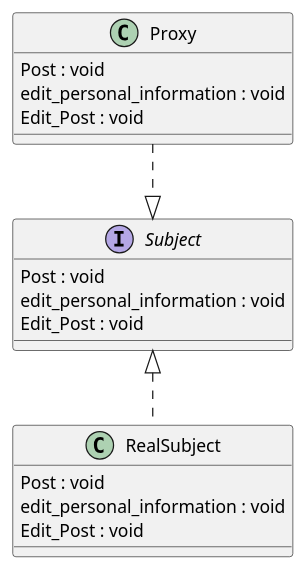
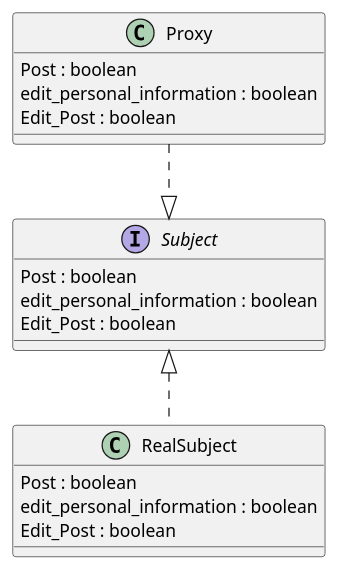
The diagram in src/main/java/Structural_Pattern/Proxy_Pattern/Practice6/类图.puml (chenhaoya/design_patterns), drawn with PlantUML before and after one commit. The commit also changed 1 other file, not shown here.

```diff
--- a/src/main/java/Structural_Pattern/Proxy_Pattern/Practice6/类图.puml
+++ b/src/main/java/Structural_Pattern/Proxy_Pattern/Practice6/类图.puml
@@ -1,24 +1,24 @@
 @startuml
 'https://plantuml.com/class-diagram
 
 interface Subject{
-Post : void
-edit_personal_information : void
-Edit_Post : void
+Post : boolean
+edit_personal_information : boolean
+Edit_Post : boolean
 }
 
 class RealSubject {
-Post : void
-edit_personal_information : void
-Edit_Post : void
+Post : boolean
+edit_personal_information : boolean
+Edit_Post : boolean
 }
 
 Subject <|.. RealSubject
 
 class Proxy{
-Post : void
-edit_personal_information : void
-Edit_Post : void
+Post : boolean
+edit_personal_information : boolean
+Edit_Post : boolean
 }
 Proxy ..|> Subject
 @enduml
```
